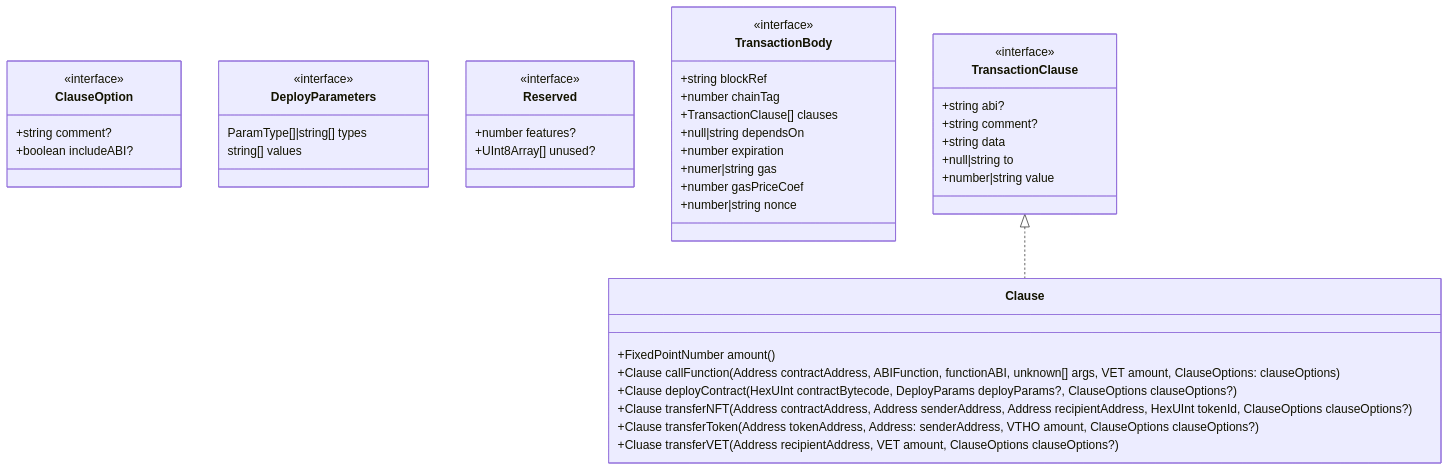
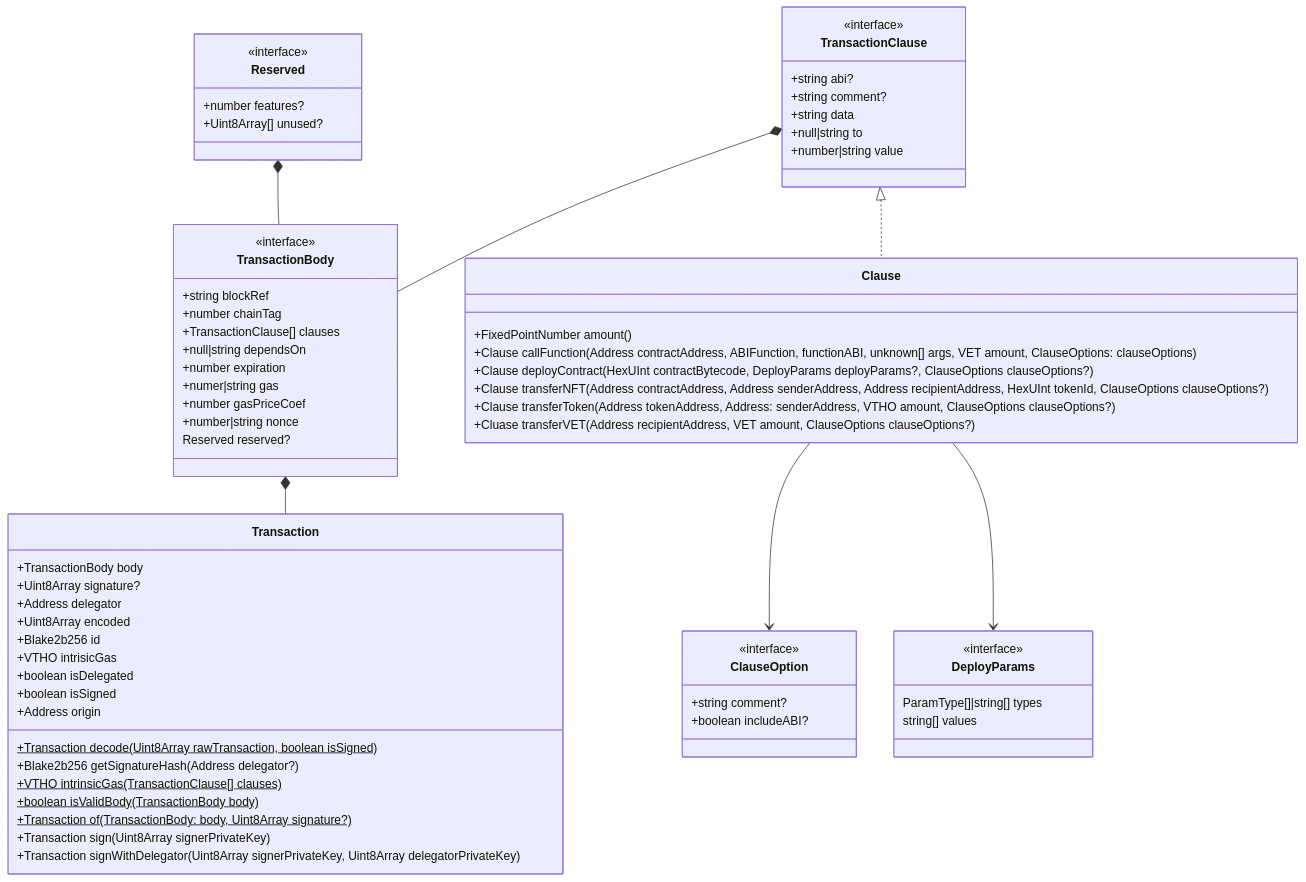
One commit to vechain/vechain-sdk-js changed the diagram in docs/diagrams/architecture/transaction.md. Above: the diagram before and after it, drawn with Mermaid. The commit also changed 23 other files, not shown here.

````diff
--- a/docs/diagrams/architecture/transaction.md
+++ b/docs/diagrams/architecture/transaction.md
@@ -1,46 +1,70 @@
 ```mermaid
 classDiagram
     class Clause {
         +FixedPointNumber amount()
         +Clause callFunction(Address contractAddress, ABIFunction, functionABI, unknown[] args, VET amount, ClauseOptions: clauseOptions)
         +Clause deployContract(HexUInt contractBytecode, DeployParams deployParams?, ClauseOptions clauseOptions?)
         +Clause transferNFT(Address contractAddress, Address senderAddress, Address recipientAddress, HexUInt tokenId, ClauseOptions clauseOptions?)
         +Clause transferToken(Address tokenAddress, Address: senderAddress, VTHO amount, ClauseOptions clauseOptions?)
         +Cluase transferVET(Address recipientAddress, VET amount, ClauseOptions clauseOptions?)
     }
     class ClauseOption{
         <<interface>>
         +string comment?
         +boolean includeABI?
     }
-    class DeployParameters {
+    class DeployParams {
         <<interface>>
         ParamType[]|string[] types
         string[] values
     }
     class Reserved {
         <<interface>>
         +number features?
-        +UInt8Array[] unused?
+        +Uint8Array[] unused?
+    }
+    class Transaction {
+        +TransactionBody body
+        +Uint8Array signature?
+        +Address delegator
+        +Uint8Array encoded
+        +Blake2b256 id
+        +VTHO intrisicGas
+        +boolean isDelegated
+        +boolean isSigned
+        +Address origin
+        +Transaction decode(Uint8Array rawTransaction, boolean isSigned)$
+        +Blake2b256 getSignatureHash(Address delegator?)
+        +VTHO intrinsicGas(TransactionClause[] clauses)$
+        +boolean isValidBody(TransactionBody body)$
+        +Transaction of(TransactionBody: body, Uint8Array signature?)$
+        +Transaction sign(Uint8Array signerPrivateKey)
+        +Transaction signWithDelegator(Uint8Array signerPrivateKey, Uint8Array delegatorPrivateKey)
     }
     class TransactionBody {
         <<interface>>
         +string blockRef
         +number chainTag
         +TransactionClause[] clauses
         +null|string dependsOn
         +number expiration
         +numer|string gas
         +number gasPriceCoef
         +number|string nonce
+        Reserved reserved?
     }
     class TransactionClause {
         <<interface>>
         +string abi?
         +string comment?
         +string data
         +null|string to
         +number|string value
     }
+    Clause --> ClauseOption
+    Clause --> DeployParams
+    TransactionBody *-- Transaction
+    TransactionClause *-- TransactionBody
+    Reserved *-- TransactionBody
     TransactionClause <|.. Clause
 ```
````
